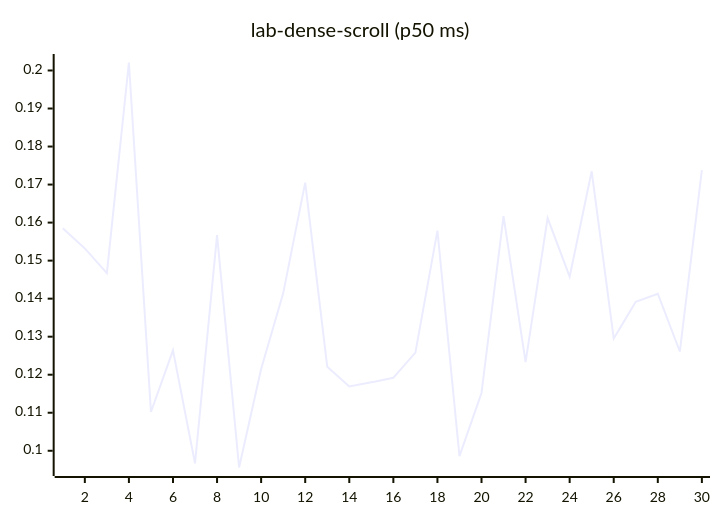
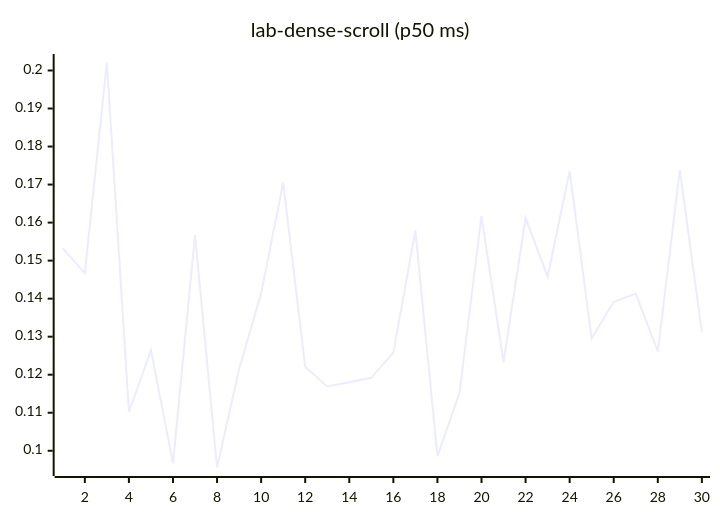
Diagram 12 of 27 in README.md (josha/Facet), drawn with Mermaid before and after one commit. The commit also changed other lines of this file and 2 other files, not shown here.

````diff
--- a/README.md
+++ b/README.md
@@ -140,6 +140,6 @@
 ```mermaid
 xychart-beta
     title "lab-dense-scroll (p50 ms)"
     x-axis 1 --> 30
-    line [0.1585, 0.1532, 0.1467, 0.2021, 0.1102, 0.1264, 0.0967, 0.1567, 0.0956, 0.1215, 0.1414, 0.1705, 0.1221, 0.1169, 0.1180, 0.1192, 0.1258, 0.1579, 0.0986, 0.1152, 0.1617, 0.1233, 0.1612, 0.1458, 0.1735, 0.1295, 0.1392, 0.1413, 0.1261, 0.1738]
+    line [0.1532, 0.1467, 0.2021, 0.1102, 0.1264, 0.0967, 0.1567, 0.0956, 0.1215, 0.1414, 0.1705, 0.1221, 0.1169, 0.1180, 0.1192, 0.1258, 0.1579, 0.0986, 0.1152, 0.1617, 0.1233, 0.1612, 0.1458, 0.1735, 0.1295, 0.1392, 0.1413, 0.1261, 0.1738, 0.1312]
 ```
````
